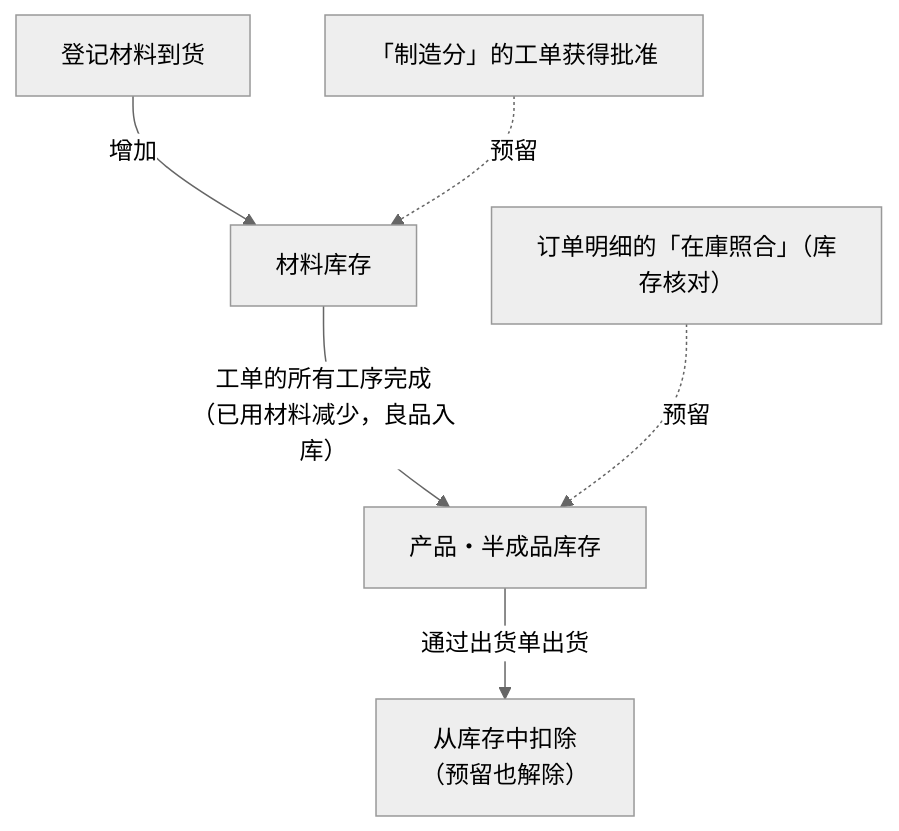
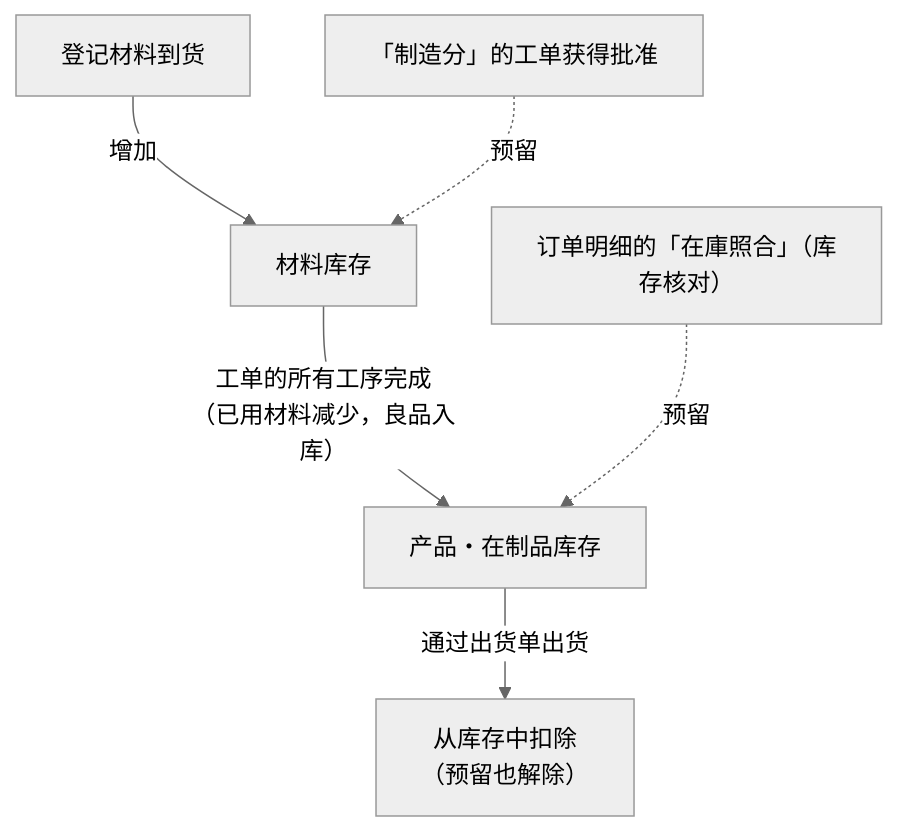
One commit to Kuisin/ckk-tool-v3 changed the diagram in coolify/apps/nextjs-web/content/manual/operations/inventory/inventory-management/user.zh.md. Above: the diagram before and after it, drawn with Mermaid (neutral theme). The commit also changed other lines of this file and 31 other files, not shown here.

````diff
--- a/coolify/apps/nextjs-web/content/manual/operations/inventory/inventory-management/user.zh.md
+++ b/coolify/apps/nextjs-web/content/manual/operations/inventory/inventory-management/user.zh.md
@@ -55,8 +60,8 @@
 ```mermaid
 flowchart TD
   rcpt["登记材料到货"] -->|"增加"| mat["材料库存"]
-  mat -->|"工单的所有工序完成<br/>（已用材料减少，良品入库）"| prod["产品・半成品库存"]
+  mat -->|"工单的所有工序完成<br/>（已用材料减少，良品入库）"| prod["产品・在制品库存"]
   prod -->|"通过出货单出货"| out["从库存中扣除<br/>（预留也解除）"]
   appr["「制造分」的工单获得批准"] -.->|"预留"| mat
   chk["订单明细的「在庫照合」（库存核对）"] -.->|"预留"| prod
 ```
````
